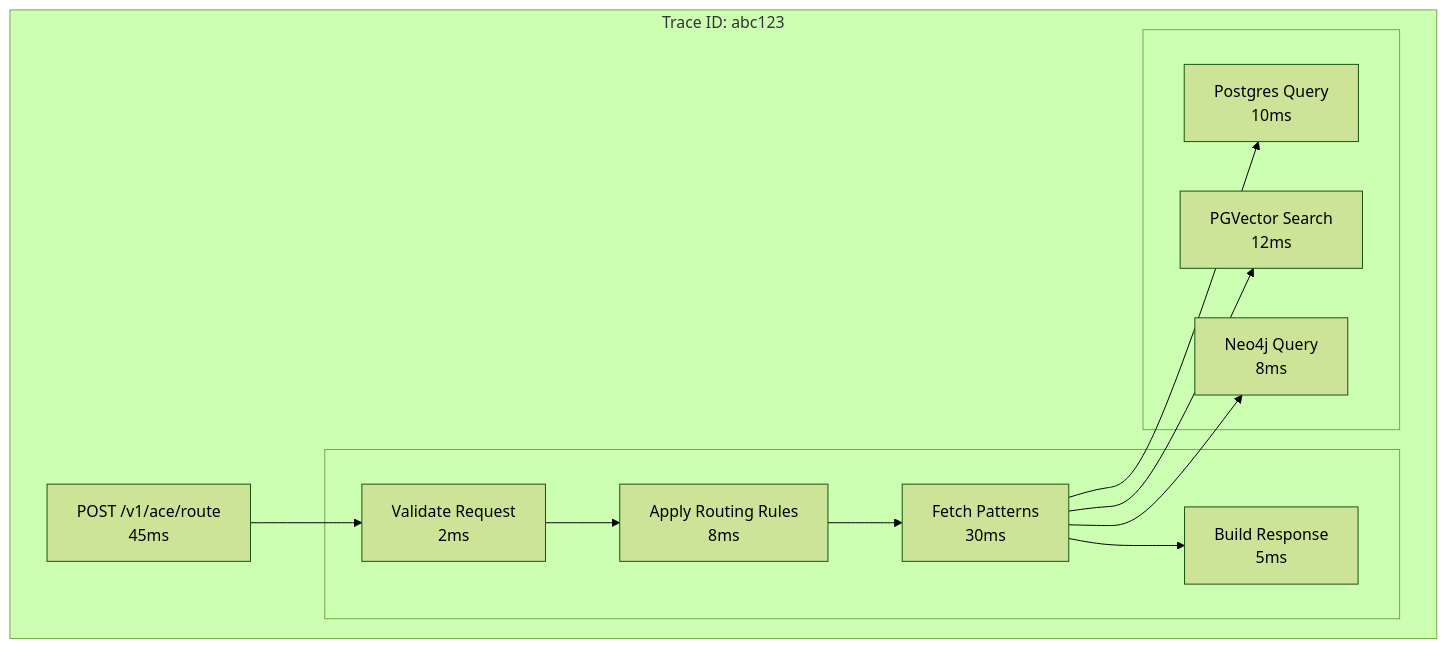
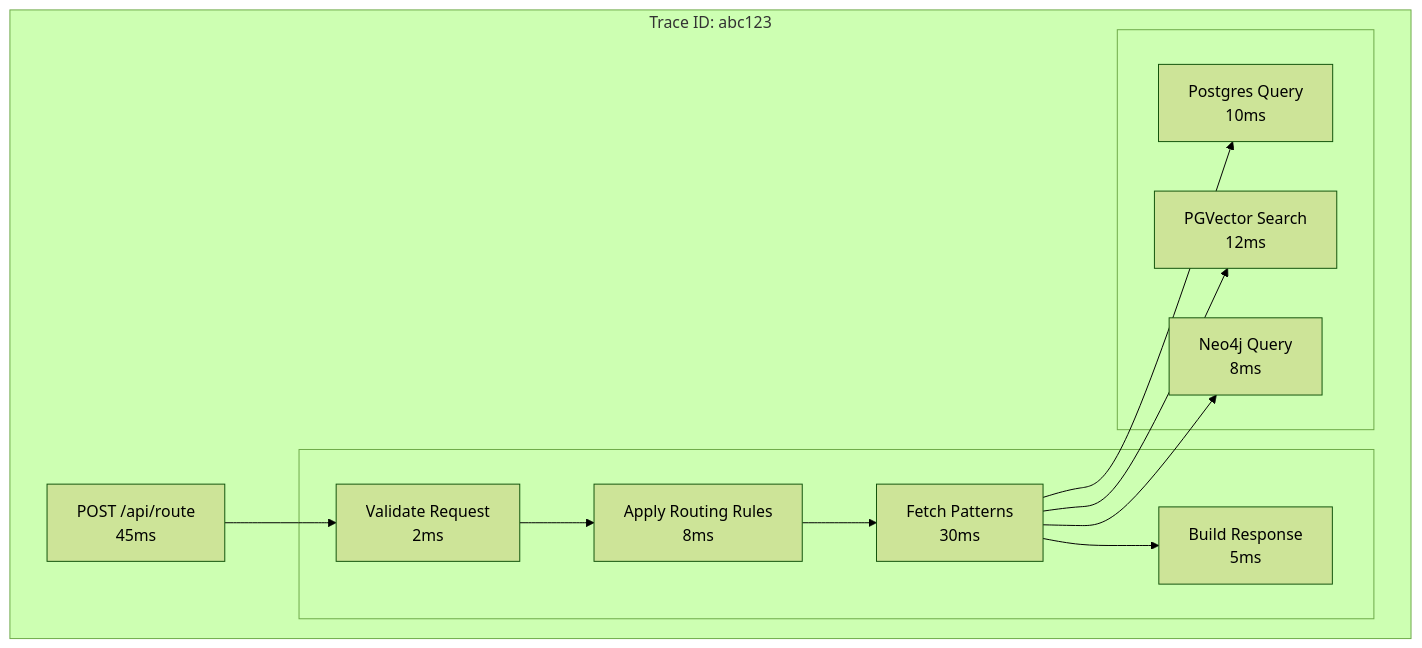
One commit to twistingmercury/mnemonic-mcp changed the second of 3 diagrams in docs/architecture/07-observability-architecture.md. Above: the diagram before and after it, drawn with Mermaid (forest theme).

````diff
--- a/docs/architecture/07-observability-architecture.md
+++ b/docs/architecture/07-observability-architecture.md
@@ -237,24 +237,24 @@
 ```mermaid
 flowchart TB
     subgraph Trace["Trace ID: abc123"]
-        HTTP["POST /v1/ace/route<br/>45ms"]
+        HTTP["POST /api/route<br/>45ms"]
 
         subgraph HTTPSpans[" "]
             Valid["Validate Request<br/>2ms"]
             Route["Apply Routing Rules<br/>8ms"]
             Pattern["Fetch Patterns<br/>30ms"]
             Resp["Build Response<br/>5ms"]
         end
 
         subgraph PatternSpans[" "]
             PG["Postgres Query<br/>10ms"]
             PGV["PGVector Search<br/>12ms"]
             Neo["Neo4j Query<br/>8ms"]
         end
 
         HTTP --> Valid --> Route --> Pattern --> Resp
         Pattern --> PG
         Pattern --> PGV
         Pattern --> Neo
     end
 ```
````
